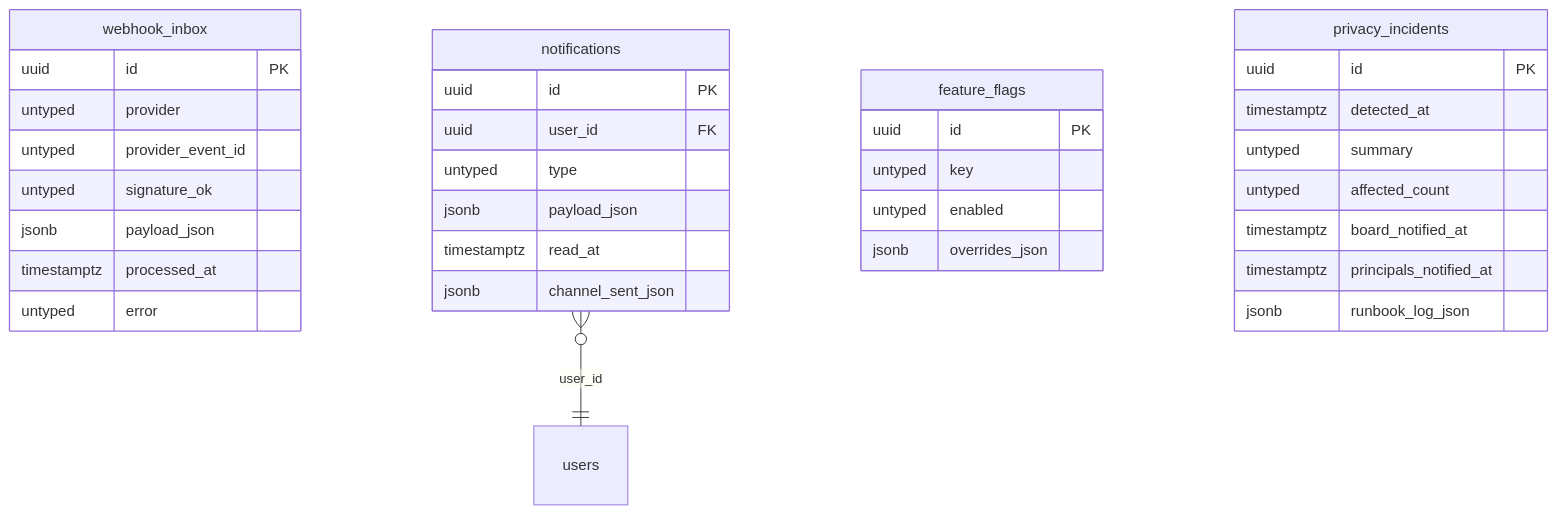
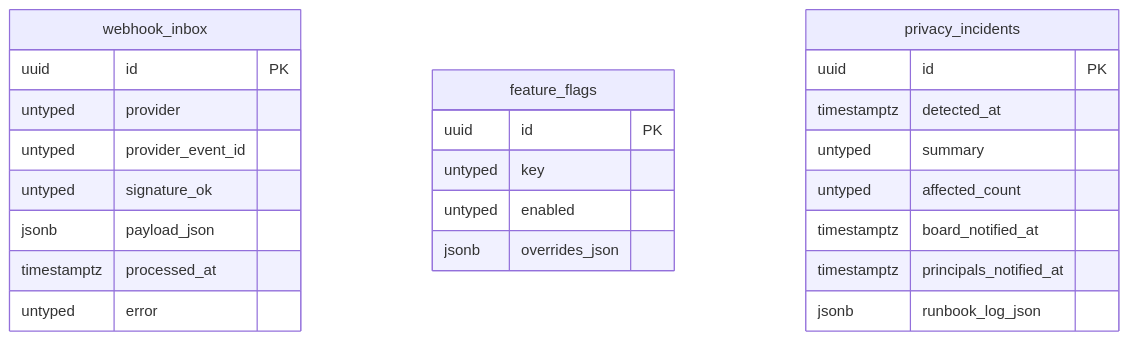
Before and after one commit to techaust/shakti_prime: diagram 17 of 17 in docs/data/ERD.md, drawn with Mermaid. The commit also changed other lines of this file and 5 other files, not shown here.

````diff
--- a/docs/data/ERD.md
+++ b/docs/data/ERD.md
@@ -1743,36 +1789,27 @@
 ```mermaid
 erDiagram
   webhook_inbox {
     uuid id PK
     untyped provider
     untyped provider_event_id
     untyped signature_ok
     jsonb payload_json
     timestamptz processed_at
     untyped error
-  }
-  notifications {
-    uuid id PK
-    uuid user_id FK
-    untyped type
-    jsonb payload_json
-    timestamptz read_at
-    jsonb channel_sent_json
   }
   feature_flags {
     uuid id PK
     untyped key
     untyped enabled
     jsonb overrides_json
   }
   privacy_incidents {
     uuid id PK
     timestamptz detected_at
     untyped summary
     untyped affected_count
     timestamptz board_notified_at
     timestamptz principals_notified_at
     jsonb runbook_log_json
   }
-  notifications }o--|| users : "user_id"
 ```
````
